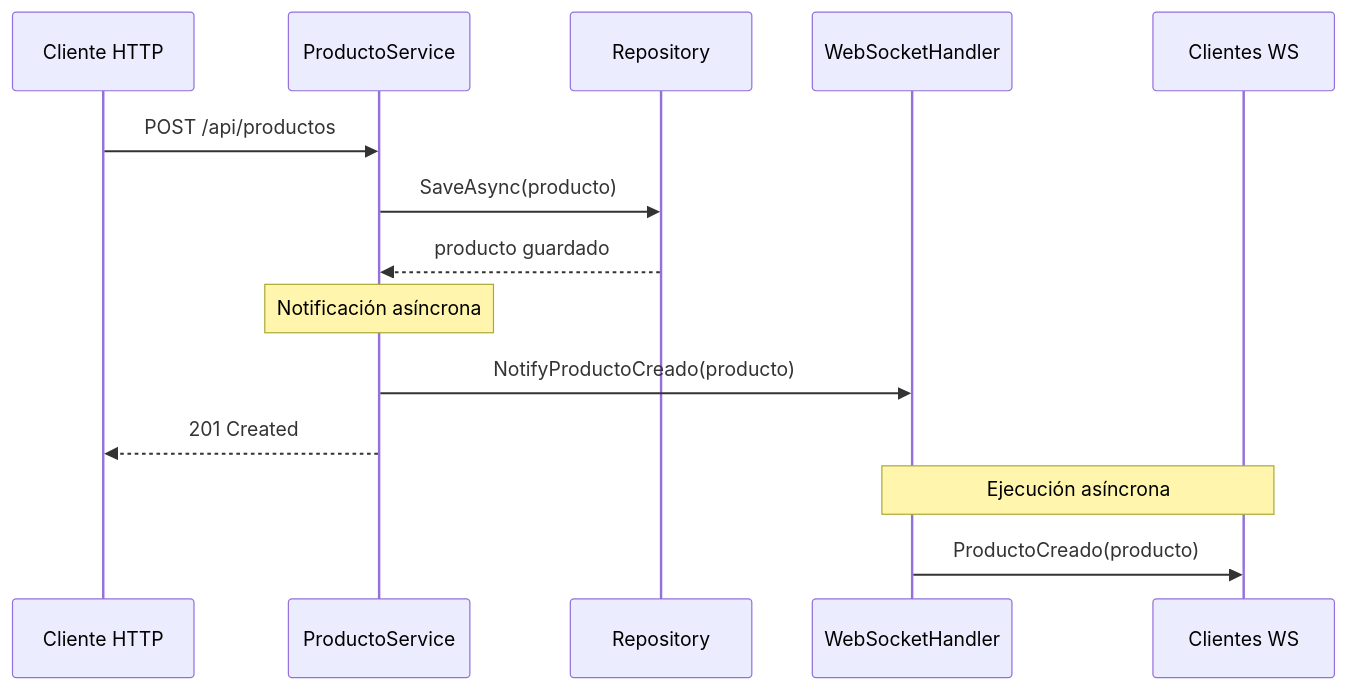
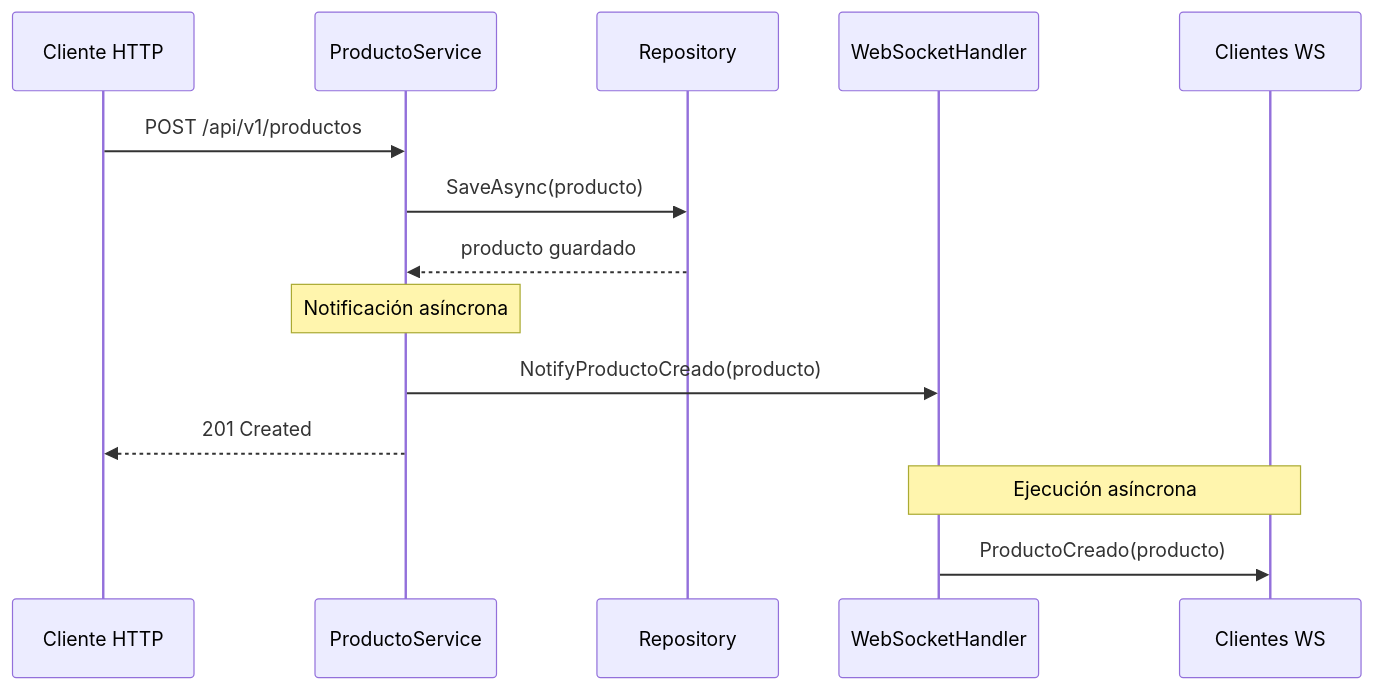
The fourth of 5 diagrams in doc/12-servicios-negocio.md (joseluisgs/TiendaDawApi-NetCore), drawn with Mermaid before and after one commit. The commit also changed other lines of this file and 237 other files, not shown here.

````diff
--- a/doc/12-servicios-negocio.md
+++ b/doc/12-servicios-negocio.md
@@ -687,20 +687,20 @@
 ```mermaid
 sequenceDiagram
     participant C as Cliente HTTP
     participant S as ProductoService
     participant R as Repository
     participant WS as WebSocketHandler
     participant Clients as Clientes WS
 
-    C->>S: POST /api/productos
+    C->>S: POST /api/v1/productos
     S->>R: SaveAsync(producto)
     R-->>S: producto guardado
     
     Note over S: Notificación asíncrona
     S->>WS: NotifyProductoCreado(producto)
     
     S-->>C: 201 Created
     
     Note over WS, Clients: Ejecución asíncrona
     WS->>Clients: ProductoCreado(producto)
 ```
````
